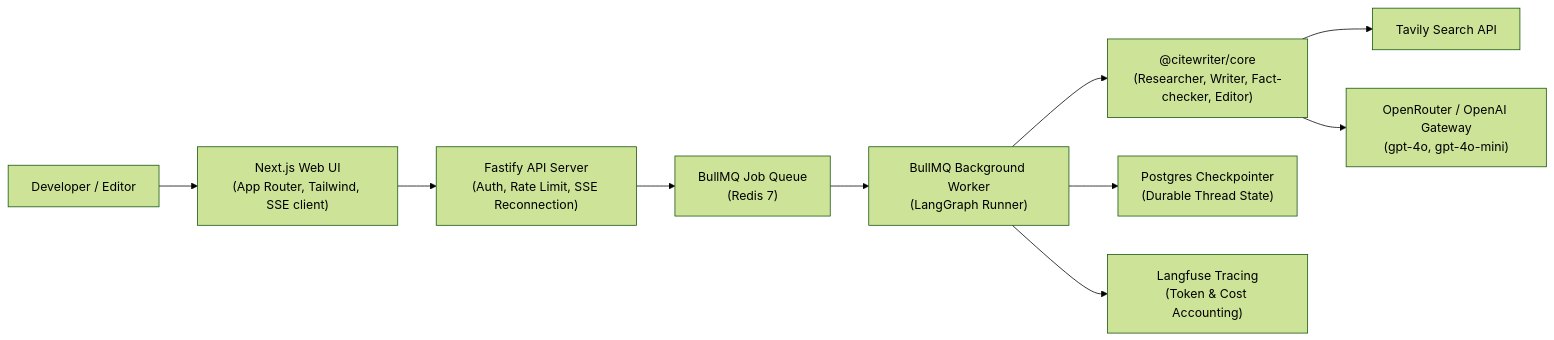
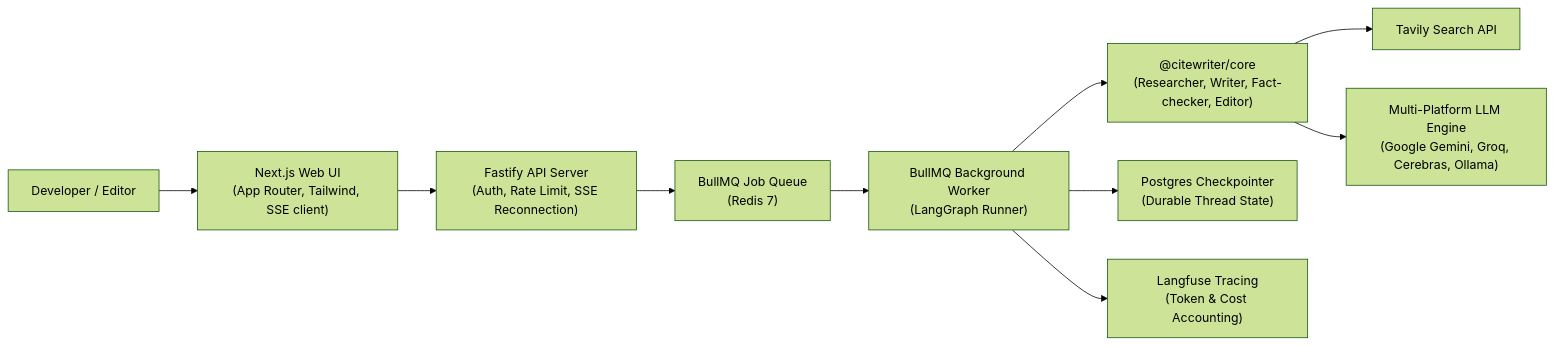
The second of 2 diagrams in README.md (ayush-kumar-185/multiagent-content-pipeline), drawn with Mermaid (forest theme) before and after one commit. The commit also changed other lines of this file and 22 other files, not shown here.

Commit message:
feat(llm): replace OpenRouter with Google AI Studio, Groq, Cerebras, and Ollama direct integrations

````diff
--- a/README.md
+++ b/README.md
@@ -41,12 +41,12 @@
 ```mermaid
 flowchart LR
     User["Developer / Editor"] --> Web["Next.js Web UI<br/>(App Router, Tailwind, SSE client)"]
     Web --> API["Fastify API Server<br/>(Auth, Rate Limit, SSE Reconnection)"]
     API --> Queue["BullMQ Job Queue<br/>(Redis 7)"]
     Queue --> Worker["BullMQ Background Worker<br/>(LangGraph Runner)"]
     Worker --> Core["@citewriter/core<br/>(Researcher, Writer, Fact-checker, Editor)"]
     Worker --> Checkpointer["Postgres Checkpointer<br/>(Durable Thread State)"]
     Worker --> Tracing["Langfuse Tracing<br/>(Token & Cost Accounting)"]
     Core --> Search["Tavily Search API"]
-    Core --> LLM["OpenRouter / OpenAI Gateway<br/>(gpt-4o, gpt-4o-mini)"]
+    Core --> LLM["Multi-Platform LLM Engine<br/>(Google Gemini, Groq, Cerebras, Ollama)"]
 ```
````
